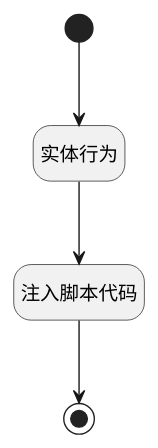
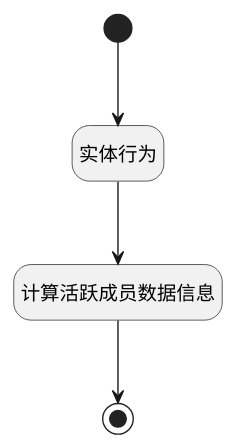
Before and after one commit to iBizLab/plm: the diagram in doc/docsify/module/Base/login_log/uilogic/calc_active_member_info.md, drawn with PlantUML. The commit also changed other lines of this file and 1778 other files, not shown here.

````diff
--- a/doc/docsify/module/Base/login_log/uilogic/calc_active_member_info.md
+++ b/doc/docsify/module/Base/login_log/uilogic/calc_active_member_info.md
@@ -7,23 +7,23 @@
 ```plantuml
 @startuml
 hide footbox
 <style>
 root {
   HyperlinkColor #42b983
 }
 </style>
 
 hide empty description
 state "开始" as Begin <<start>> [[$./calc_active_member_info#begin {开始}]]
+state "结束" as END1 <<end>> [[$./calc_active_member_info#end1 {结束}]]
+state "计算活跃成员数据信息" as RAWJSCODE1  [[$./calc_active_member_info#rawjscode1 {计算活跃成员数据信息}]]
 state "实体行为" as DEACTION1  [[$./calc_active_member_info#deaction1 {实体行为}]]
-state "结束" as END1 <<end>> [[$./calc_active_member_info#end1 {结束}]]
-state "注入脚本代码" as RAWJSCODE1  [[$./calc_active_member_info#rawjscode1 {注入脚本代码}]]
 
 
 Begin --> DEACTION1
 DEACTION1 --> RAWJSCODE1
 RAWJSCODE1 --> END1
 
 
 @enduml
 ```
````
